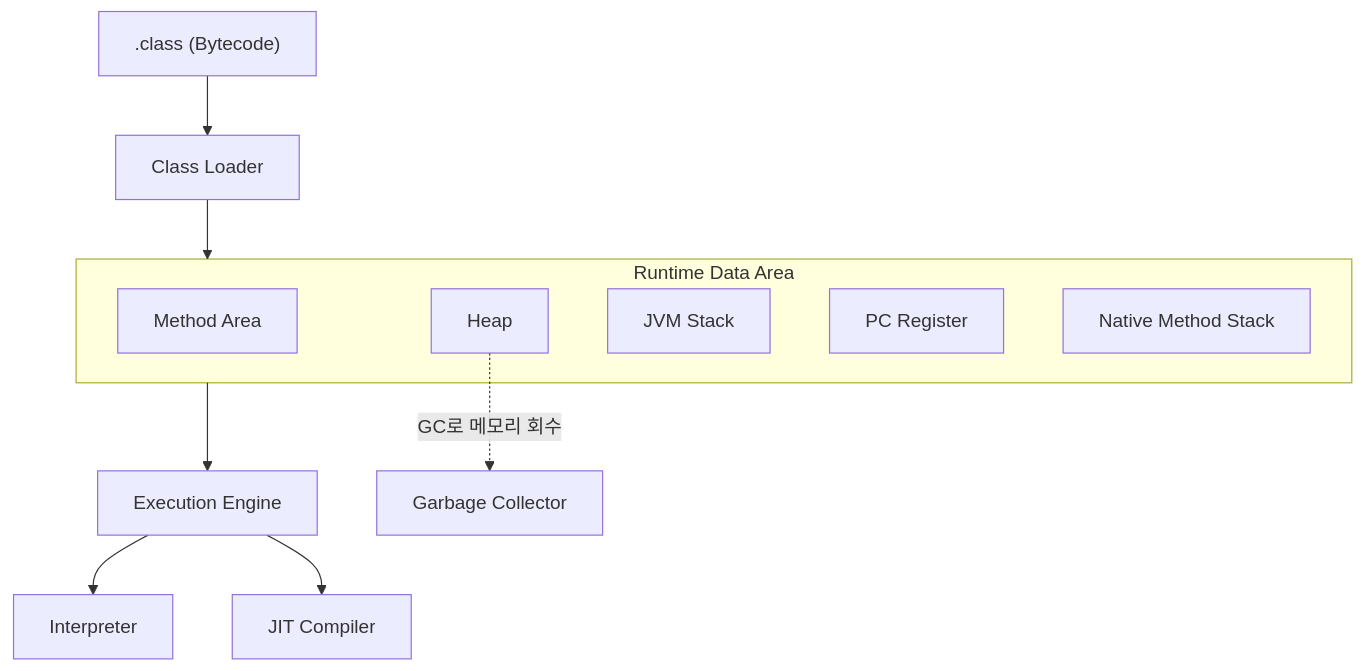
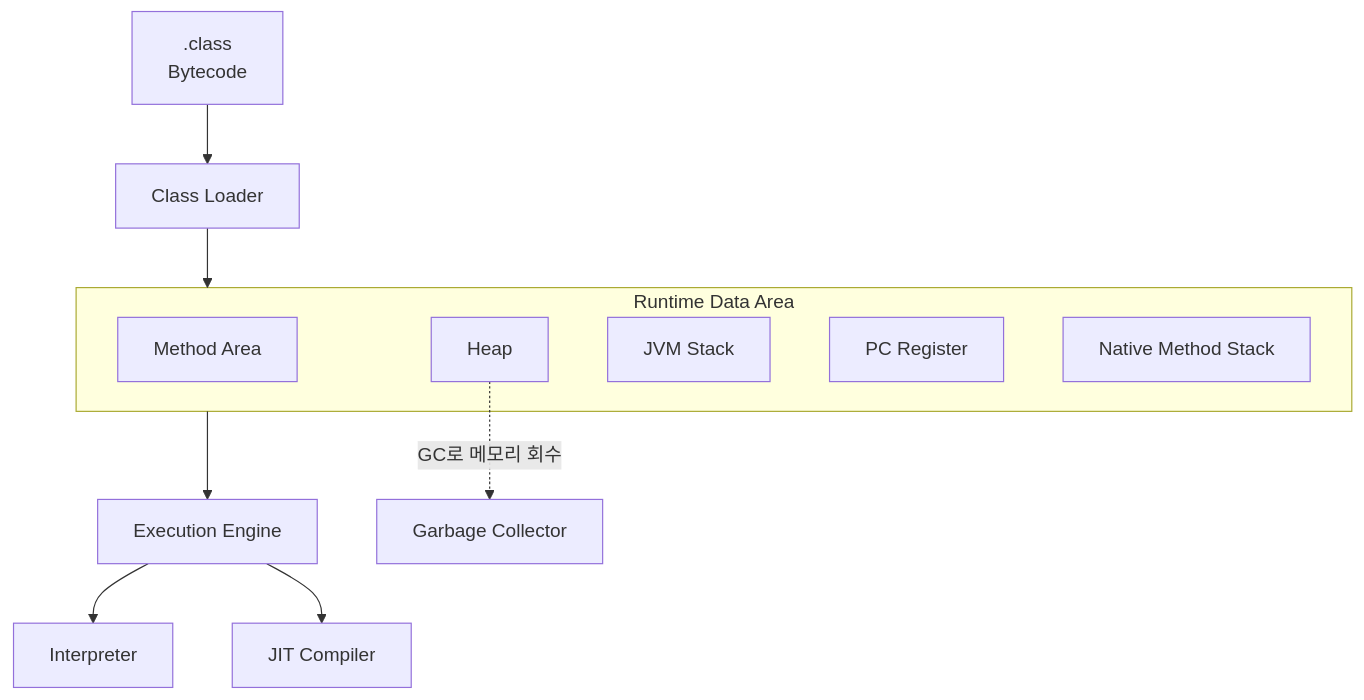
Before and after one commit to SangCheonP/Tech-Interview: the first of 3 diagrams in Language/Java/JVM/02. JVM 구조.md, drawn with Mermaid. The commit also changed other lines of this file, not shown here.

Commit message:
docs: center multiline JVM diagram labels

````diff
--- a/Language/Java/JVM/02. JVM 구조.md
+++ b/Language/Java/JVM/02. JVM 구조.md
@@ -24,16 +24,16 @@
 ```mermaid
 flowchart TB
-    classFile[".class (Bytecode)"] --> loader["Class Loader"]
+    classFile[".class<br/>Bytecode"] --> loader["Class Loader"]
     loader --> memory
     subgraph memory["Runtime Data Area"]
         method["Method Area"]
         heap["Heap"]
         stack["JVM Stack"]
         pc["PC Register"]
         native["Native Method Stack"]
     end
     memory --> engine["Execution Engine"]
     engine --> interpreter["Interpreter"]
     engine --> jit["JIT Compiler"]
     heap -. "GC로 메모리 회수" .-> gc["Garbage Collector"]
 ```
````
